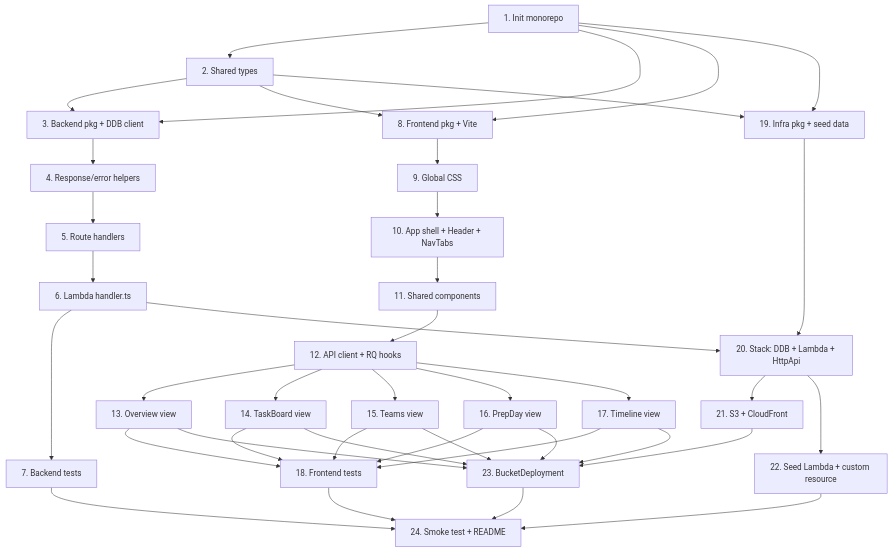
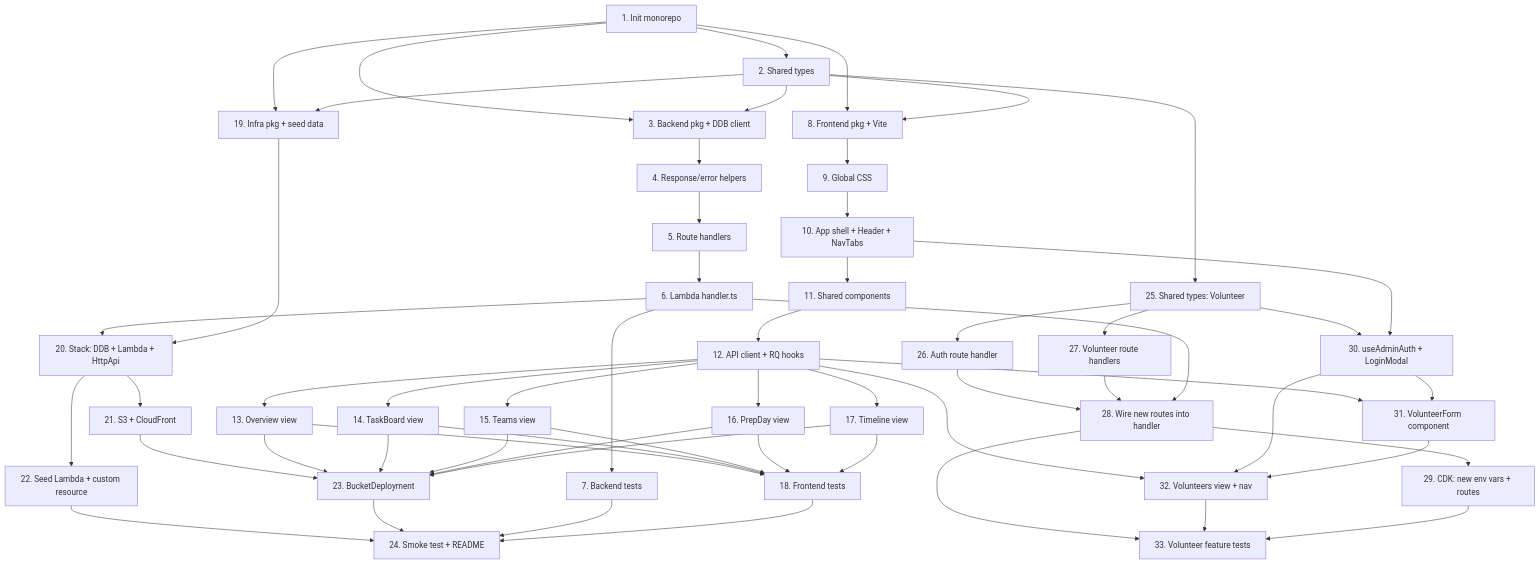
Before and after one commit to toytown/nepal-football: the diagram in .kiro/specs/nepal-football-spa/tasks.md, drawn with Mermaid. The commit also changed other lines of this file and 3 other files, not shown here.

````diff
--- a/.kiro/specs/nepal-football-spa/tasks.md
+++ b/.kiro/specs/nepal-football-spa/tasks.md
@@ -281,4 +386,32 @@
     T23 --> T24
     T7 --> T24
     T18 --> T24
+
+    T25[25. Shared types: Volunteer]
+    T26[26. Auth route handler]
+    T27[27. Volunteer route handlers]
+    T28[28. Wire new routes into handler]
+    T29[29. CDK: new env vars + routes]
+    T30[30. useAdminAuth + LoginModal]
+    T31[31. VolunteerForm component]
+    T32[32. Volunteers view + nav]
+    T33[33. Volunteer feature tests]
+
+    T2 --> T25
+    T25 --> T26
+    T25 --> T27
+    T25 --> T30
+    T26 --> T28
+    T27 --> T28
+    T28 --> T29
+    T28 --> T33
+    T6 --> T28
+    T10 --> T30
+    T12 --> T31
+    T12 --> T32
+    T30 --> T31
+    T30 --> T32
+    T31 --> T32
+    T32 --> T33
+    T29 --> T33
 ```
````
